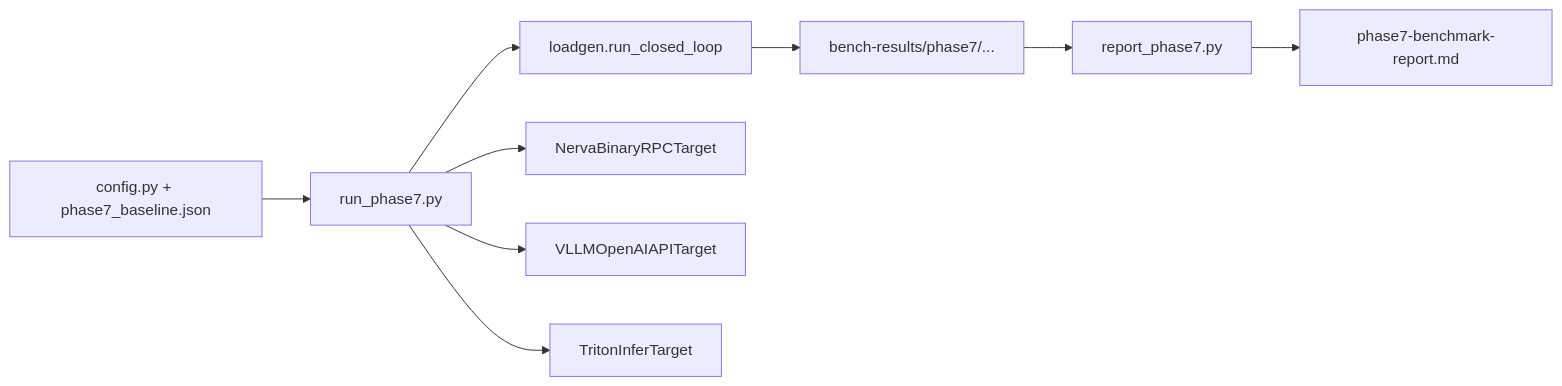
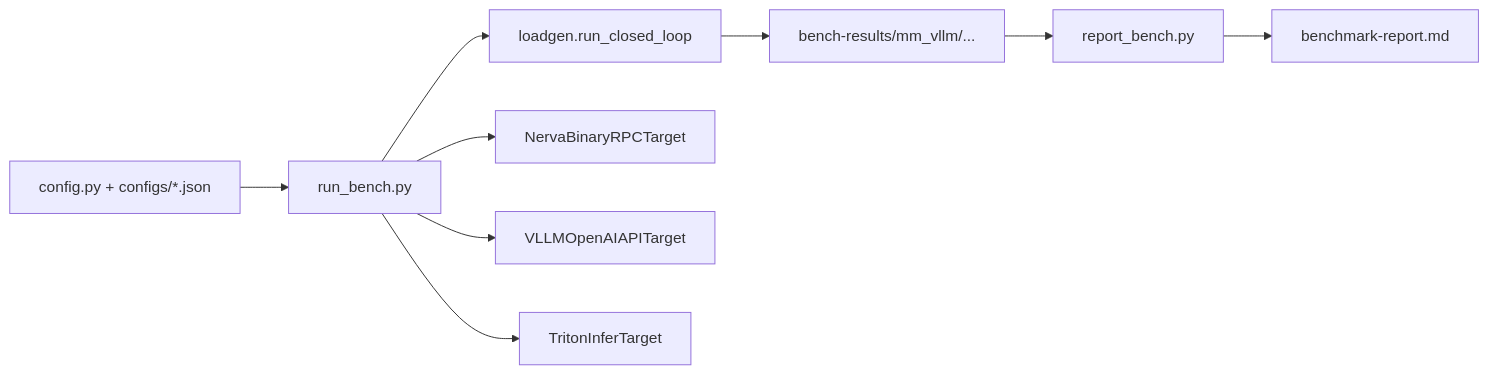
The first of 2 diagrams in docs/design/性能测试指南.md (caitengwei/Nerva), drawn with Mermaid before and after one commit. The commit also changed other lines of this file, not shown here.

First line of the commit message:
docs: update 性能测试指南 to reflect refactored bench scripts

````diff
--- a/docs/design/性能测试指南.md
+++ b/docs/design/性能测试指南.md
@@ -35,11 +35,11 @@
 ```mermaid
 flowchart LR
-    CFG[config.py + phase7_baseline.json] --> RUN[run_phase7.py]
+    CFG[config.py + configs/*.json] --> RUN[run_bench.py]
     RUN --> LG[loadgen.run_closed_loop]
     RUN --> T1[NervaBinaryRPCTarget]
     RUN --> T2[VLLMOpenAIAPITarget]
     RUN --> T3[TritonInferTarget]
-    LG --> ART[bench-results/phase7/...]
-    ART --> REP[report_phase7.py]
-    REP --> DOC[phase7-benchmark-report.md]
+    LG --> ART[bench-results/mm_vllm/...]
+    ART --> REP[report_bench.py]
+    REP --> DOC[benchmark-report.md]
 ```
````
